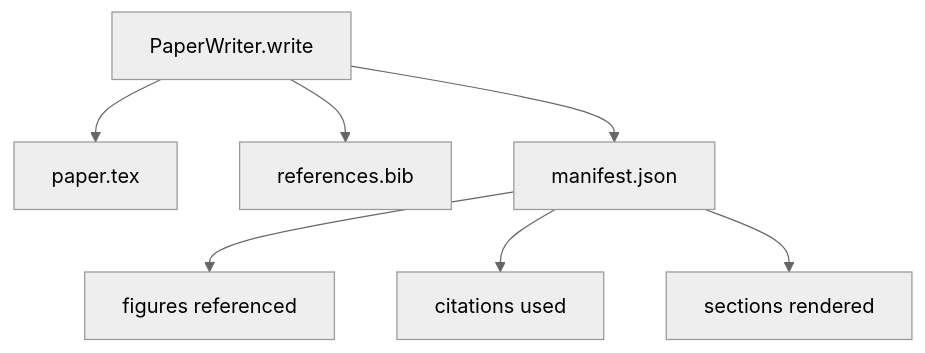
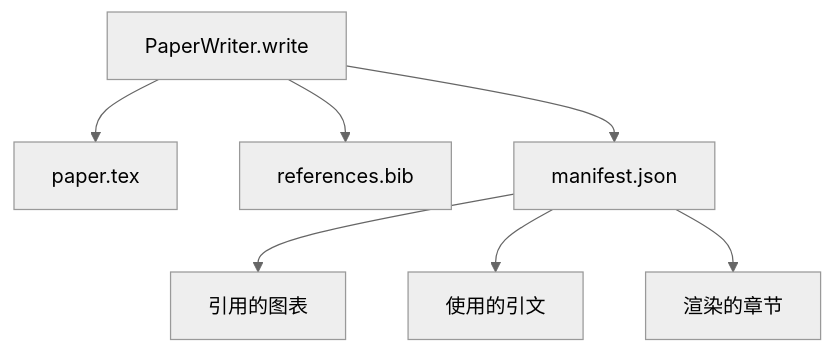
The third of 3 diagrams in phases/19-capstone-projects/54-paper-writer/docs/zh.md (alessandrodinisio-ai/ai-engineering-learning-framework), drawn with Mermaid (neutral theme) before and after one commit. The commit also changed other lines of this file and 120 other files, not shown here.

First line of the commit message:
i18n(mermaid): 337 个 mermaid 图表标签中文化

````diff
--- a/phases/19-capstone-projects/54-paper-writer/docs/zh.md
+++ b/phases/19-capstone-projects/54-paper-writer/docs/zh.md
@@ -75,9 +75,9 @@
 ```mermaid
 flowchart TB
     Writer[PaperWriter.write] --> Tex[paper.tex]
     Writer --> Bib[references.bib]
     Writer --> Man[manifest.json]
-    Man --> F[figures referenced]
-    Man --> C[citations used]
-    Man --> S[sections rendered]
+    Man --> F[引用的图表]
+    Man --> C[使用的引文]
+    Man --> S[渲染的章节]
 ```
````
